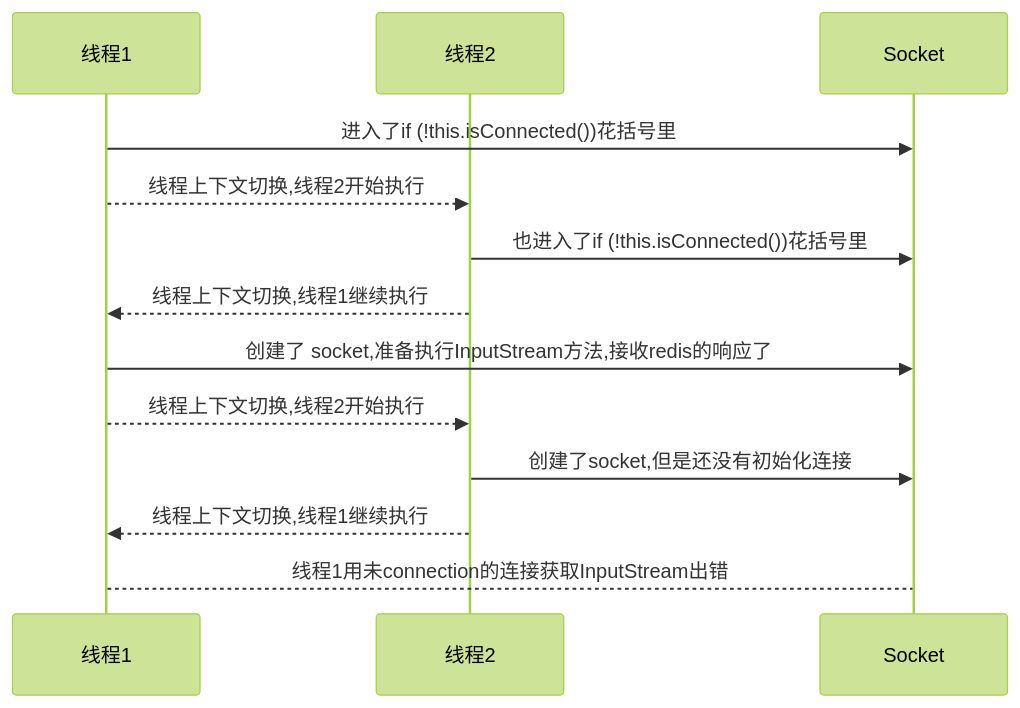
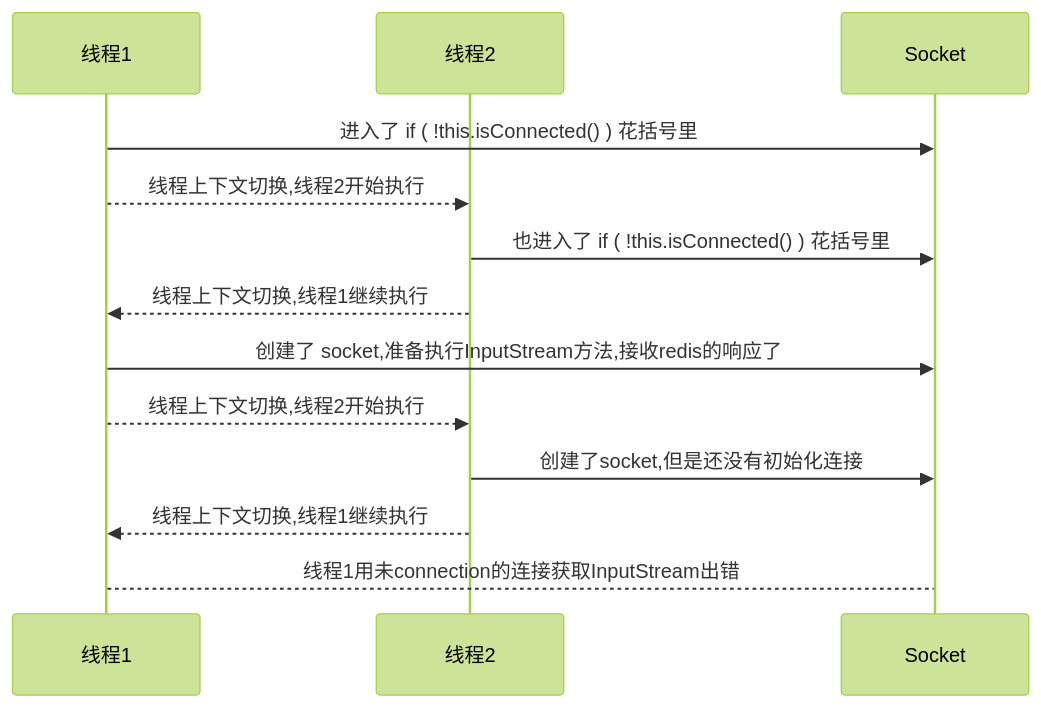
The third of 19 diagrams in 中间件/Redis-实战.md (csliujw/CodeNotes), drawn with Mermaid (forest theme) before and after one commit. The commit also changed other lines of this file and 27 other files, not shown here.

Commit message:
整合笔记内容，清理部分无用图片，新增部分读书笔记

````diff
--- a/中间件/Redis-实战.md
+++ b/中间件/Redis-实战.md
@@ -404,15 +1262,15 @@
 ```mermaid
 sequenceDiagram
 participant T1 as 线程1
 participant T2 as 线程2
 participant S as Socket
-T1->>S:进入了if (!this.isConnected())花括号里
+T1->>S:进入了 if ( !this.isConnected() ) 花括号里
 T1-->>T2:线程上下文切换,线程2开始执行
-T2->>S:也进入了if (!this.isConnected())花括号里
+T2->>S:也进入了 if ( !this.isConnected() ) 花括号里
 T2-->>T1:线程上下文切换,线程1继续执行
 T1->>S:创建了 socket,准备执行InputStream方法,接收redis的响应了
 T1-->>T2:线程上下文切换,线程2开始执行
 T2->>S:创建了socket,但是还没有初始化连接
 T2-->>T1:线程上下文切换,线程1继续执行
 T1-->S:线程1用未connection的连接获取InputStream出错
 ```
````
